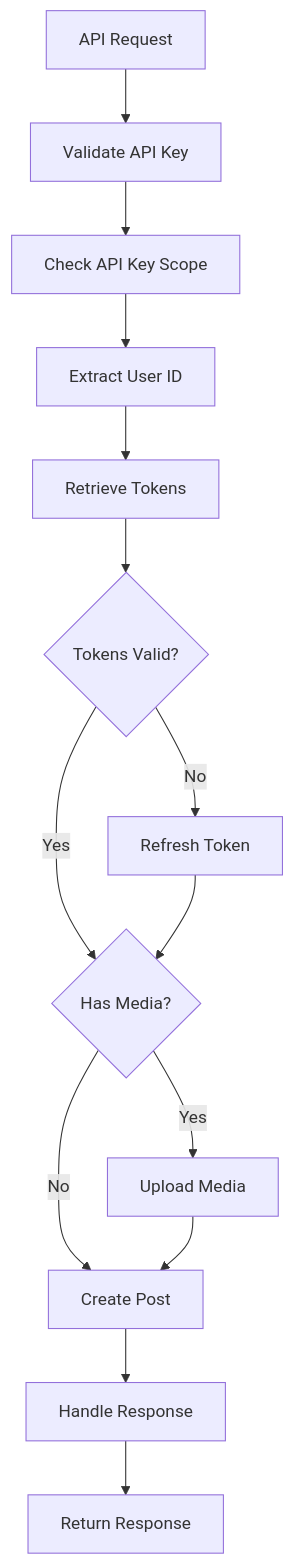
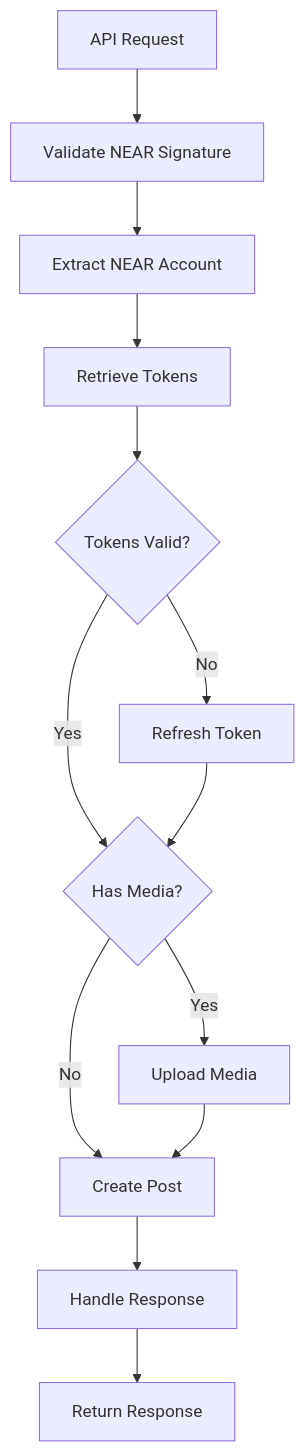
Diagram 14 of 17 in memory-bank/systemPatterns.md (open-crosspost/open-crosspost-proxy-service), drawn with Mermaid before and after one commit. The commit also changed other lines of this file and 13 other files, not shown here.

````diff
--- a/memory-bank/systemPatterns.md
+++ b/memory-bank/systemPatterns.md
@@ -458,18 +440,17 @@
 ```mermaid
 flowchart TD
-    Start[API Request] --> ValidateAPIKey[Validate API Key]
-    ValidateAPIKey --> CheckScope[Check API Key Scope]
-    CheckScope --> ExtractUserId[Extract User ID]
-    ExtractUserId --> GetTokens[Retrieve Tokens]
+    Start[API Request] --> ValidateSignature[Validate NEAR Signature]
+    ValidateSignature --> ExtractAccount[Extract NEAR Account]
+    ExtractAccount --> GetTokens[Retrieve Tokens]
     GetTokens --> CheckTokens{Tokens Valid?}
     CheckTokens -->|No| RefreshToken[Refresh Token]
     CheckTokens -->|Yes| ProcessMedia{Has Media?}
     RefreshToken --> ProcessMedia
     
     ProcessMedia -->|Yes| UploadMedia[Upload Media]
     ProcessMedia -->|No| CreatePost[Create Post]
     UploadMedia --> CreatePost
     
     CreatePost --> HandleResponse[Handle Response]
     HandleResponse --> ReturnResponse[Return Response]
 ```
````
